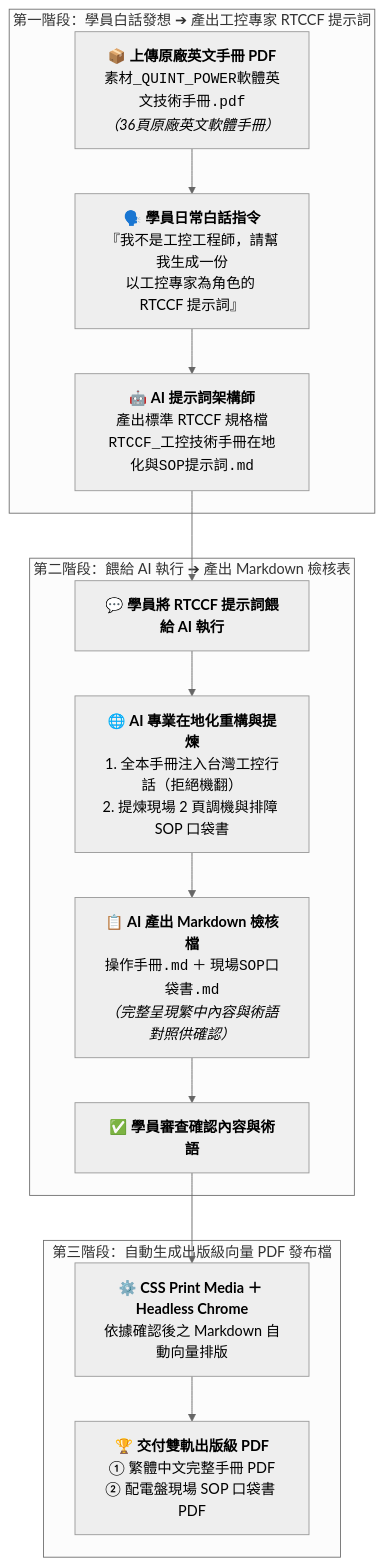
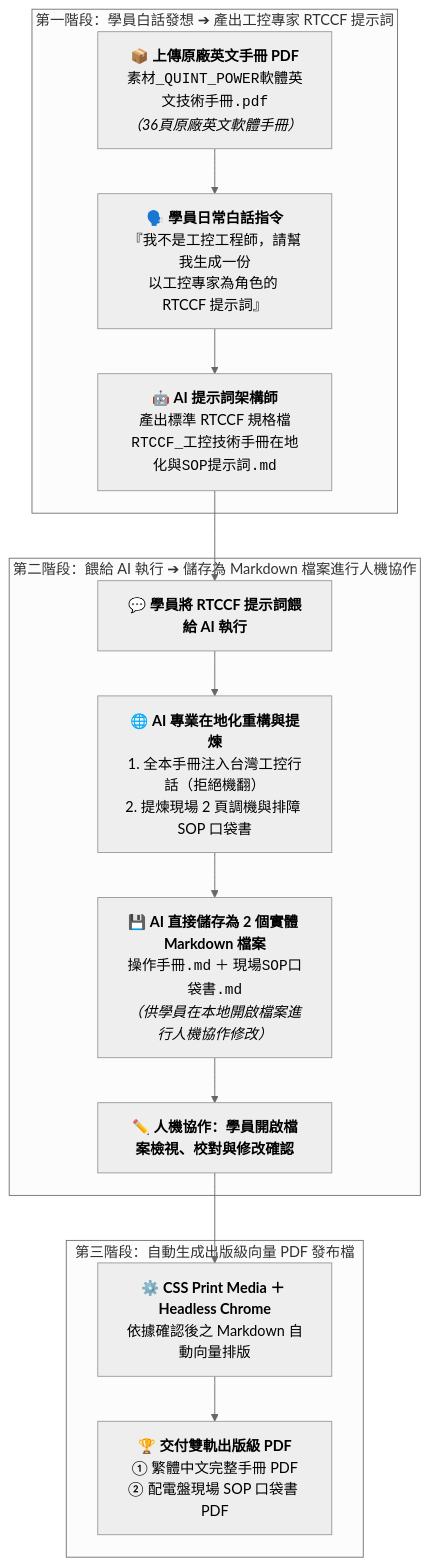
One commit to roberthsu2003/workflow-productivity changed the diagram in 常見的AI應用/實戰範例/工控技術手冊跨國在地化與SOP出版級美化/10-1_白話自然語言發想提示詞.md. Above: the diagram before and after it, drawn with Mermaid (neutral theme). The commit also changed other lines of this file and 3 other files, not shown here.

````diff
--- a/常見的AI應用/實戰範例/工控技術手冊跨國在地化與SOP出版級美化/10-1_白話自然語言發想提示詞.md
+++ b/常見的AI應用/實戰範例/工控技術手冊跨國在地化與SOP出版級美化/10-1_白話自然語言發想提示詞.md
@@ -15,19 +15,19 @@
 ```mermaid
 flowchart TD
     subgraph Step1 ["第一階段：學員白話發想 ➔ 產出工控專家 RTCCF 提示詞"]
         UserFile["📦 <b>上傳原廠英文手冊 PDF</b><br/><code>素材_QUINT_POWER軟體英文技術手冊.pdf</code><br/><i>（36頁原廠英文軟體手冊）</i>"] --> UserChat["🗣️ <b>學員日常白話指令</b><br/>『我不是工控工程師，請幫我生成一份<br/>以工控專家為角色的 RTCCF 提示詞』"]
         UserChat --> AIGenRTCCF["🤖 <b>AI 提示詞架構師</b><br/>產出標準 RTCCF 規格檔<br/><code>RTCCF_工控技術手冊在地化與SOP提示詞.md</code>"]
     end
 
-    subgraph Step2 ["第二階段：餵給 AI 執行 ➔ 產出 Markdown 檢核表"]
+    subgraph Step2 ["第二階段：餵給 AI 執行 ➔ 儲存為 Markdown 檔案進行人機協作"]
         AIGenRTCCF --> FeedAI["💬 <b>學員將 RTCCF 提示詞餵給 AI 執行</b>"]
         FeedAI --> AutoTranslate["🌐 <b>AI 專業在地化重構與提煉</b><br/>1. 全本手冊注入台灣工控行話（拒絕機翻）<br/>2. 提煉現場 2 頁調機與排障 SOP 口袋書"]
-        AutoTranslate --> OutMD["📋 <b>AI 產出 Markdown 檢核檔</b><br/><code>操作手冊.md</code> ＋ <code>現場SOP口袋書.md</code><br/><i>（完整呈現繁中內容與術語對照供確認）</i>"]
-        OutMD --> UserConfirm["✅ <b>學員審查確認內容與術語</b>"]
+        AutoTranslate --> OutMD["💾 <b>AI 直接儲存為 2 個實體 Markdown 檔案</b><br/><code>操作手冊.md</code> ＋ <code>現場SOP口袋書.md</code><br/><i>（供學員在本地開啟檔案進行人機協作修改）</i>"]
+        OutMD --> UserConfirm["✏️ <b>人機協作：學員開啟檔案檢視、校對與修改確認</b>"]
     end
 
     subgraph Step3 ["第三階段：自動生成出版級向量 PDF 發布檔"]
         UserConfirm --> GenPDF["⚙️ <b>CSS Print Media ＋ Headless Chrome</b><br/>依據確認後之 Markdown 自動向量排版"]
         GenPDF --> FinalPDF["🏆 <b>交付雙軌出版級 PDF</b><br/>① 繁體中文完整手冊 PDF<br/>② 配電盤現場 SOP 口袋書 PDF"]
     end
 ```
````
